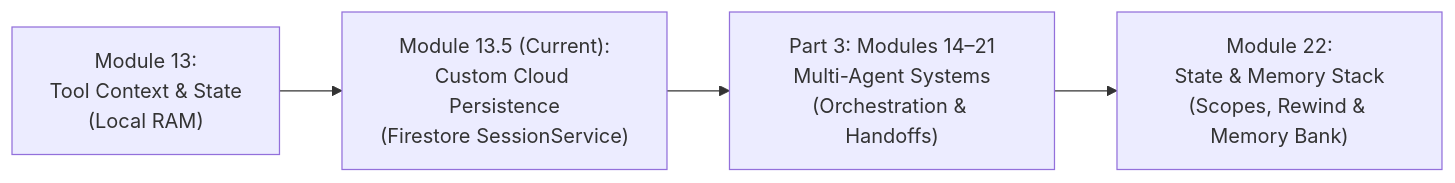
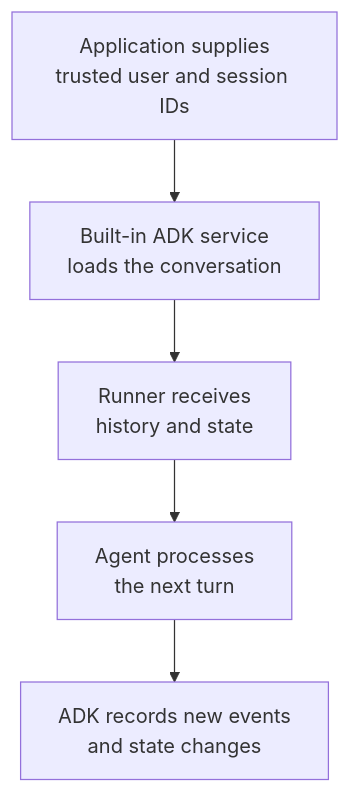
Before and after one commit to inderanz/google-adk-training: the first of 2 diagrams in training/module13_5-firestore-persistence/README.md, drawn with Mermaid. The commit also changed other lines of this file and 382 other files, not shown here.

````diff
--- a/training/module13_5-firestore-persistence/README.md
+++ b/training/module13_5-firestore-persistence/README.md
@@ -25,6 +173,7 @@
 ```mermaid
-flowchart LR
-    M13["Module 13:<br/>Tool Context & State<br/>(Local RAM)"] --> M13_5["Module 13.5 (Current):<br/>Custom Cloud Persistence<br/>(Firestore SessionService)"]
-    M13_5 --> Part3["Part 3: Modules 14–21<br/>Multi-Agent Systems<br/>(Orchestration & Handoffs)"]
-    Part3 --> M22["Module 22:<br/>State & Memory Stack<br/>(Scopes, Rewind & Memory Bank)"]
+flowchart TD
+    Identity["Application supplies<br/>trusted user and session IDs"] --> Service["Built-in ADK service<br/>loads the conversation"]
+    Service --> Runner["Runner receives<br/>history and state"]
+    Runner --> Turn["Agent processes<br/>the next turn"]
+    Turn --> Save["ADK records new events<br/>and state changes"]
 ```
````
